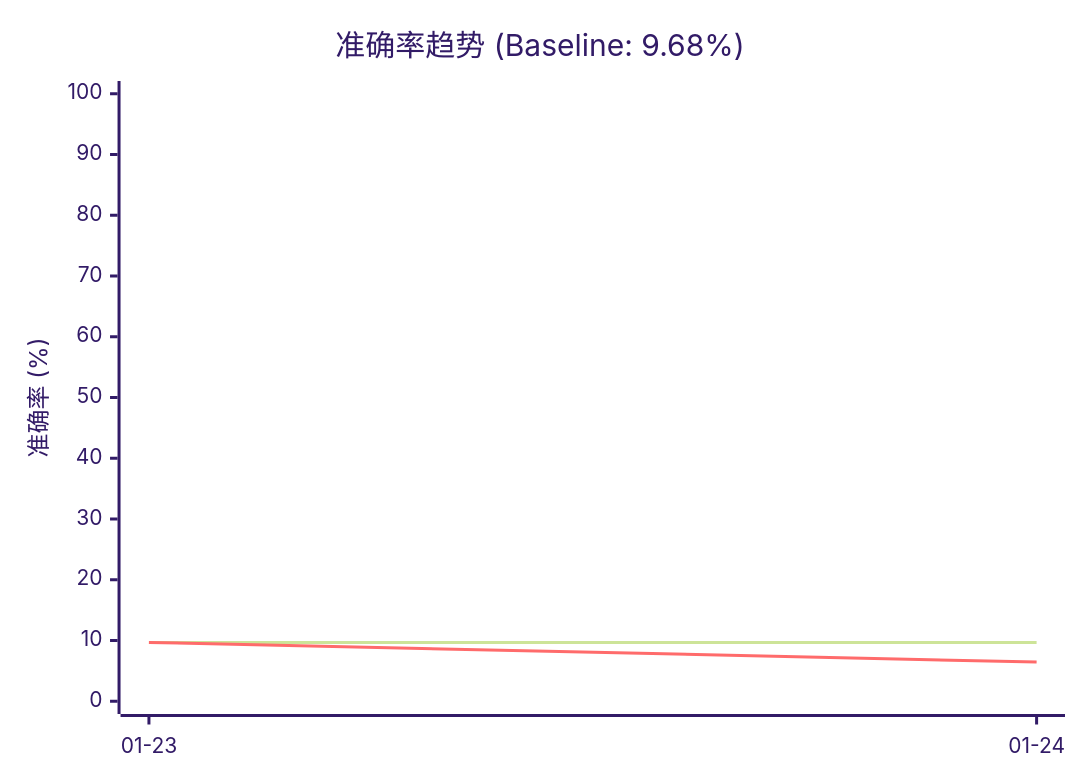
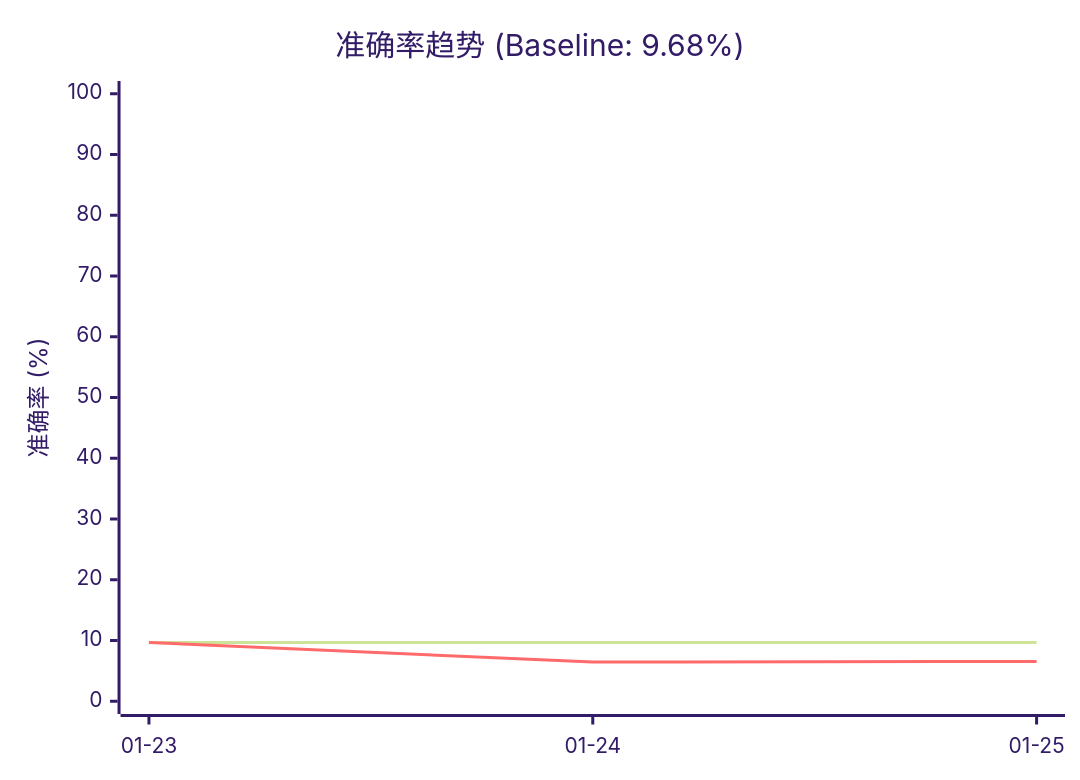
The first of 7 diagrams in evaluation/README.md (gongxh13/rca-agent), drawn with Mermaid (forest theme) before and after one commit. The commit also changed other lines of this file and 154 other files, not shown here.

````diff
--- a/evaluation/README.md
+++ b/evaluation/README.md
@@ -60,8 +61,8 @@
 ```mermaid
 xychart-beta
     title "准确率趋势 (Baseline: 9.68%)"
-    x-axis ["01-23", "01-24"]
+    x-axis ["01-23", "01-24", "01-25"]
     y-axis "准确率 (%)" 0 --> 100
-    line [9.68, 9.68]
-    line [9.68, 6.45]
+    line [9.68, 9.68, 9.68]
+    line [9.68, 6.45, 6.56]
 ```
````
